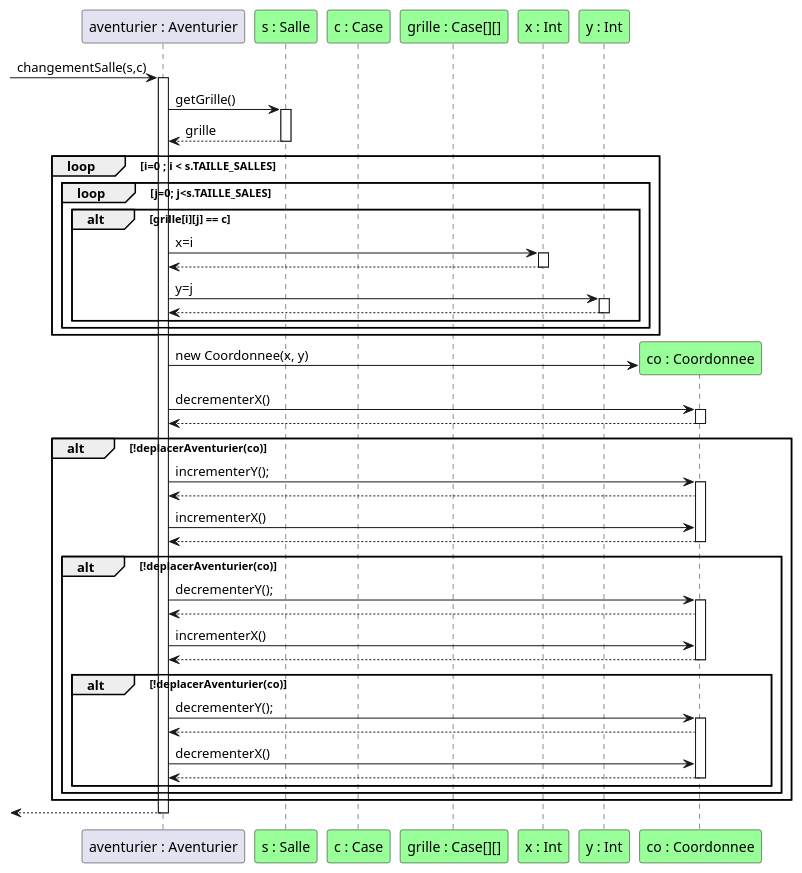
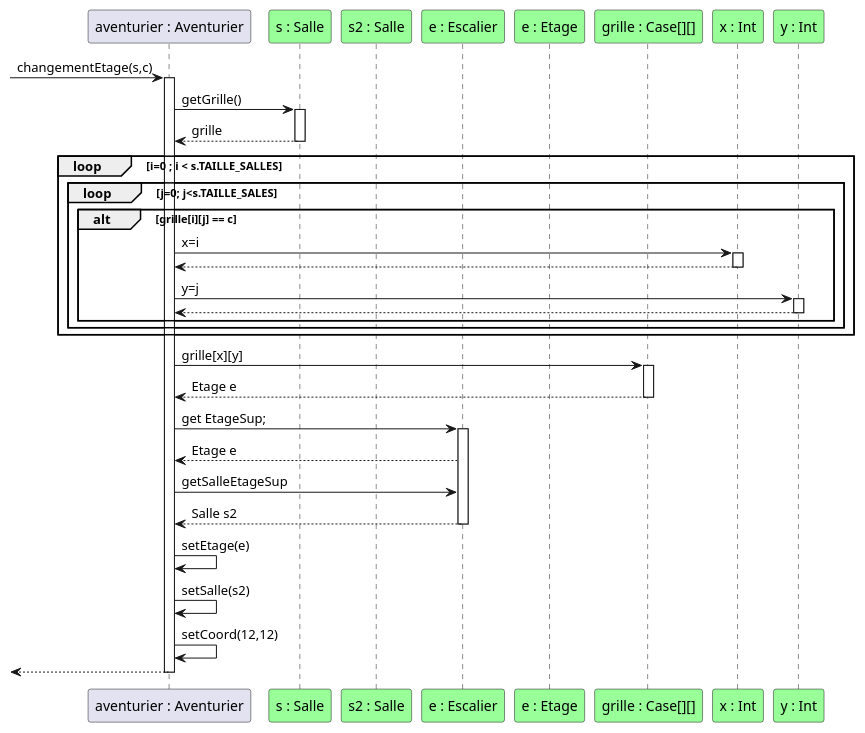
Before and after one commit to GeoffroyMuller/2018_COO_Zeldiablo: the diagram in projet_zeldiablo/sequence_aventurier_changementSalle.puml, drawn with PlantUML. The commit also changed 10 other files, not shown here.

```diff
--- a/projet_zeldiablo/sequence_aventurier_changementSalle.puml
+++ b/projet_zeldiablo/sequence_aventurier_changementSalle.puml
@@ -1,69 +1,55 @@
 @startuml
 Participant "aventurier : Aventurier" as av
 
 participant "s : Salle" as s #99FF99
-participant "c : Case" as c #99FF99
+participant "s2 : Salle" as s2 #99FF99
+participant "e : Escalier" as es #99FF99
+participant "e : Etage" as e #99FF99
 
 participant "grille : Case[][]" as grille #99FF99
 participant "x : Int" as x #99FF99
 participant "y : Int" as y #99FF99
 
--> av : changementSalle(s,c)
+-> av : changementEtage(s,c)
 activate av
 av->s : getGrille()
 activate s
 s-->av : grille
 deactivate s
 
 loop i=0 ; i < s.TAILLE_SALLES
 loop j=0; j<s.TAILLE_SALES
 alt grille[i][j] == c
 av->x : x=i
 activate x
 x-->av
 deactivate x
 av->y : y=j
 activate y
 y-->av
 deactivate y
 end
 end
 end
 
-create "co : Coordonnee" as coord #99FF99
-av->coord : new Coordonnee(x, y)
-av->coord : decrementerX()
-activate coord
-coord-->av
-deactivate coord
+av-> grille : grille[x][y]
+activate grille 
+grille --> av : Etage e
+deactivate grille
+
+av-> es : get EtageSup;
+activate es
+es--> av : Etage e
+av -> es : getSalleEtageSup 
+es --> av : Salle s2
+deactivate es
+
+av -> av : setEtage(e)
+av -> av : setSalle(s2)
+av -> av : setCoord(12,12)
 
 
-alt !deplacerAventurier(co)
-av->coord : incrementerY();
-activate coord
-coord-->av
-av->coord : incrementerX()
-coord-->av
-deactivate coord
-
-alt !deplacerAventurier(co)
-av->coord : decrementerY();
-activate coord
-coord-->av
-av->coord : incrementerX()
-coord-->av
-deactivate coord
-alt !deplacerAventurier(co)
-av->coord : decrementerY();
-activate coord
-coord-->av
-av->coord : decrementerX()
-coord-->av
-deactivate coord
-end
-end
-end
 <--av
 deactivate av
 
 @enduml
```
